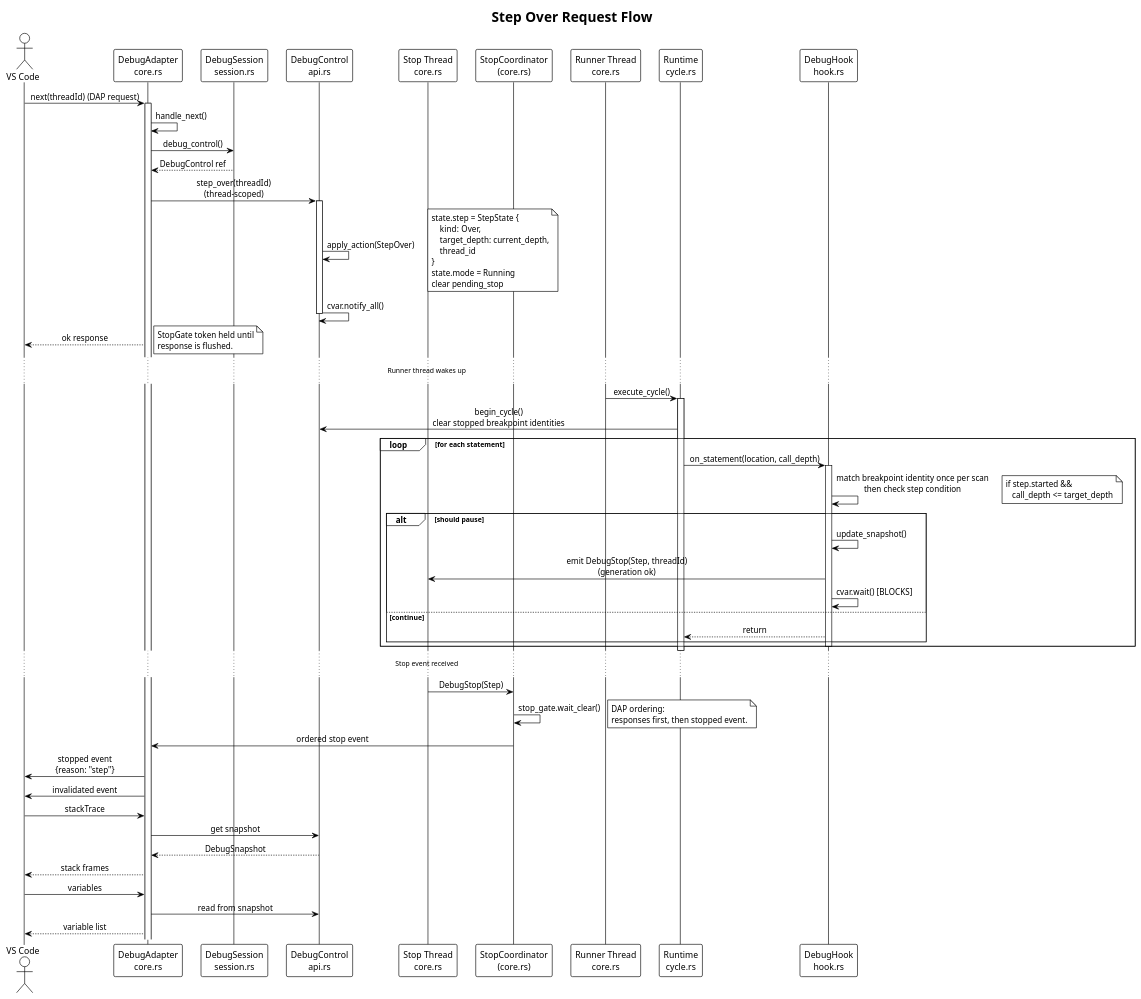
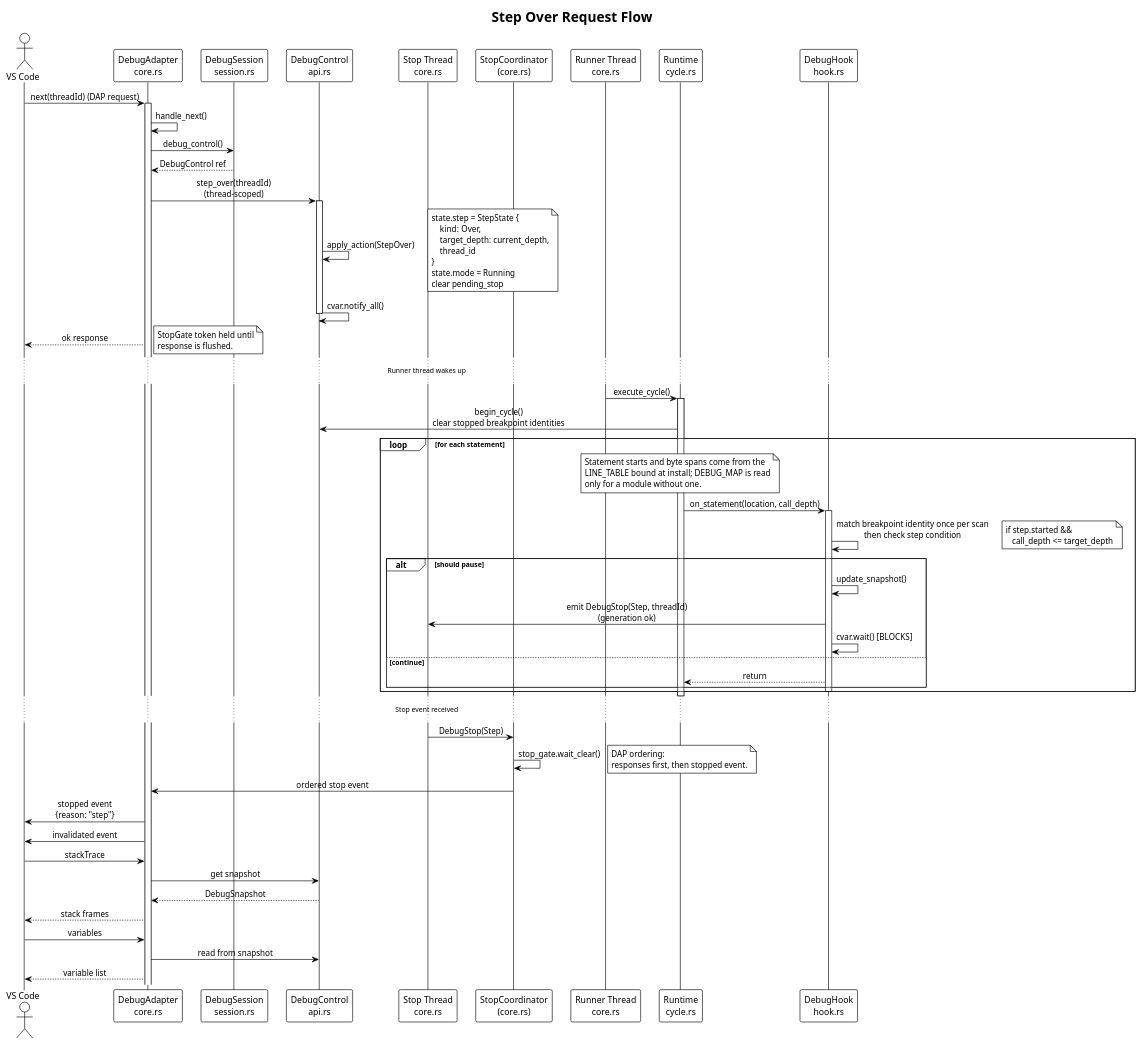
One commit to johannesPettersson80/trust-platform changed the diagram in docs/diagrams/debug/debug-step-sequence.puml. Above: the diagram before and after it, drawn with PlantUML. The commit also changed 15 other files, not shown here.

First line of the commit message:
Resolve trust-runtime's breakpoints, steps and stops through the line table

```diff
--- a/docs/diagrams/debug/debug-step-sequence.puml
+++ b/docs/diagrams/debug/debug-step-sequence.puml
@@ -1,94 +1,99 @@
 @startuml step-over-sequence
 !theme plain
 skinparam sequenceMessageAlign center
 
 title Step Over Request Flow
 
 actor "VS Code" as vscode
 participant "DebugAdapter\ncore.rs" as adapter
 participant "DebugSession\nsession.rs" as session
 participant "DebugControl\napi.rs" as control
 participant "Stop Thread\ncore.rs" as stopThread
 participant "StopCoordinator\n(core.rs)" as stopCoord
 participant "Runner Thread\ncore.rs" as runner
 participant "Runtime\ncycle.rs" as runtime
 participant "DebugHook\nhook.rs" as hook
 
 vscode -> adapter : next(threadId) (DAP request)
 activate adapter
 
 adapter -> adapter : handle_next()
 adapter -> session : debug_control()
 session --> adapter : DebugControl ref
 
 adapter -> control : step_over(threadId)\n(thread-scoped)
 activate control
 control -> control : apply_action(StepOver)
 note right
     state.step = StepState {
         kind: Over,
         target_depth: current_depth,
         thread_id
     }
     state.mode = Running
     clear pending_stop
 end note
 control -> control : cvar.notify_all()
 deactivate control
 
 adapter --> vscode : ok response
 note right
     StopGate token held until
     response is flushed.
 end note
 
 ... Runner thread wakes up ...
 
 runner -> runtime : execute_cycle()
 activate runtime
 runtime -> control : begin_cycle()\nclear stopped breakpoint identities
 
 loop for each statement
+    note over runtime
+        Statement starts and byte spans come from the
+        LINE_TABLE bound at install; DEBUG_MAP is read
+        only for a module without one.
+    end note
     runtime -> hook : on_statement(location, call_depth)
     activate hook
 
     hook -> hook : match breakpoint identity once per scan\nthen check step condition
     note right
         if step.started &&
            call_depth <= target_depth
     end note
 
     alt should pause
         hook -> hook : update_snapshot()
         hook -> stopThread : emit DebugStop(Step, threadId)\n(generation ok)
         hook -> hook : cvar.wait() [BLOCKS]
     else continue
         hook --> runtime : return
     end
     deactivate hook
 end
 
 deactivate runtime
 
 ... Stop event received ...
 
 stopThread -> stopCoord : DebugStop(Step)
 stopCoord -> stopCoord : stop_gate.wait_clear()
 note right
     DAP ordering:
     responses first, then stopped event.
 end note
 stopCoord -> adapter : ordered stop event
 adapter -> vscode : stopped event\n{reason: "step"}
 adapter -> vscode : invalidated event
 
 vscode -> adapter : stackTrace
 adapter -> control : get snapshot
 control --> adapter : DebugSnapshot
 adapter --> vscode : stack frames
 
 vscode -> adapter : variables
 adapter -> control : read from snapshot
 adapter --> vscode : variable list
 
 @enduml
```
